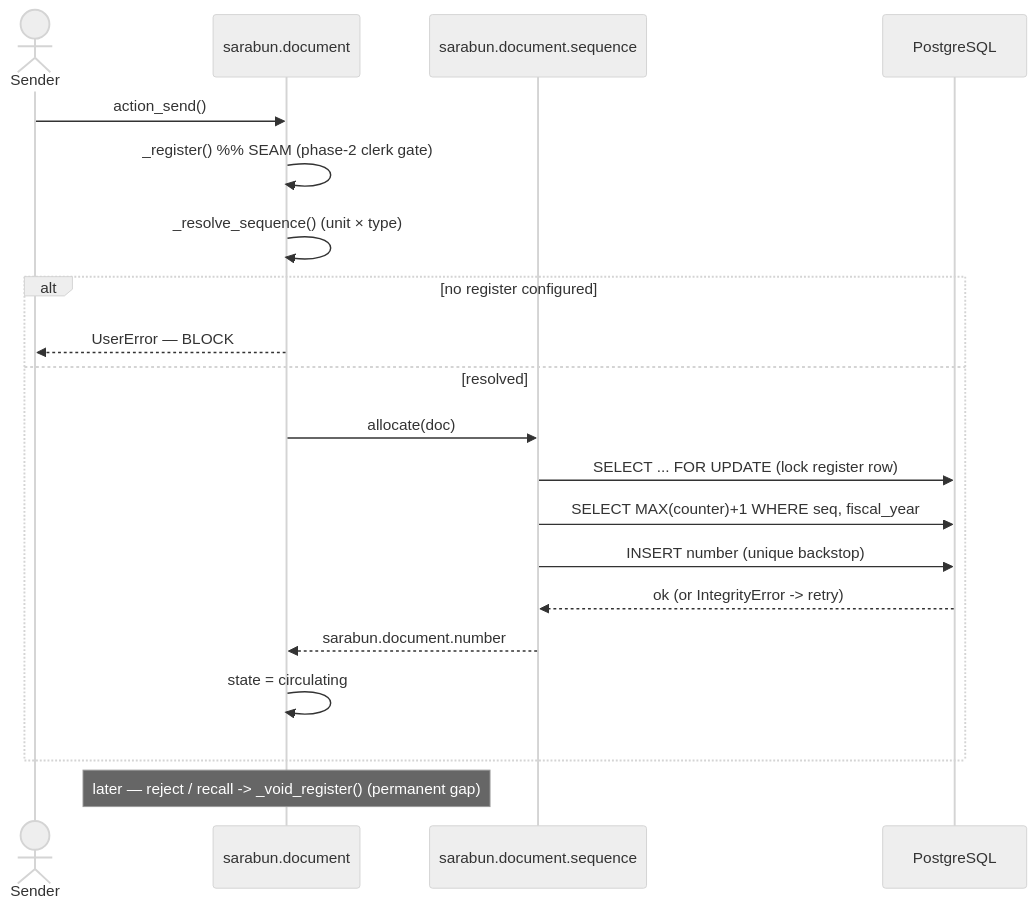
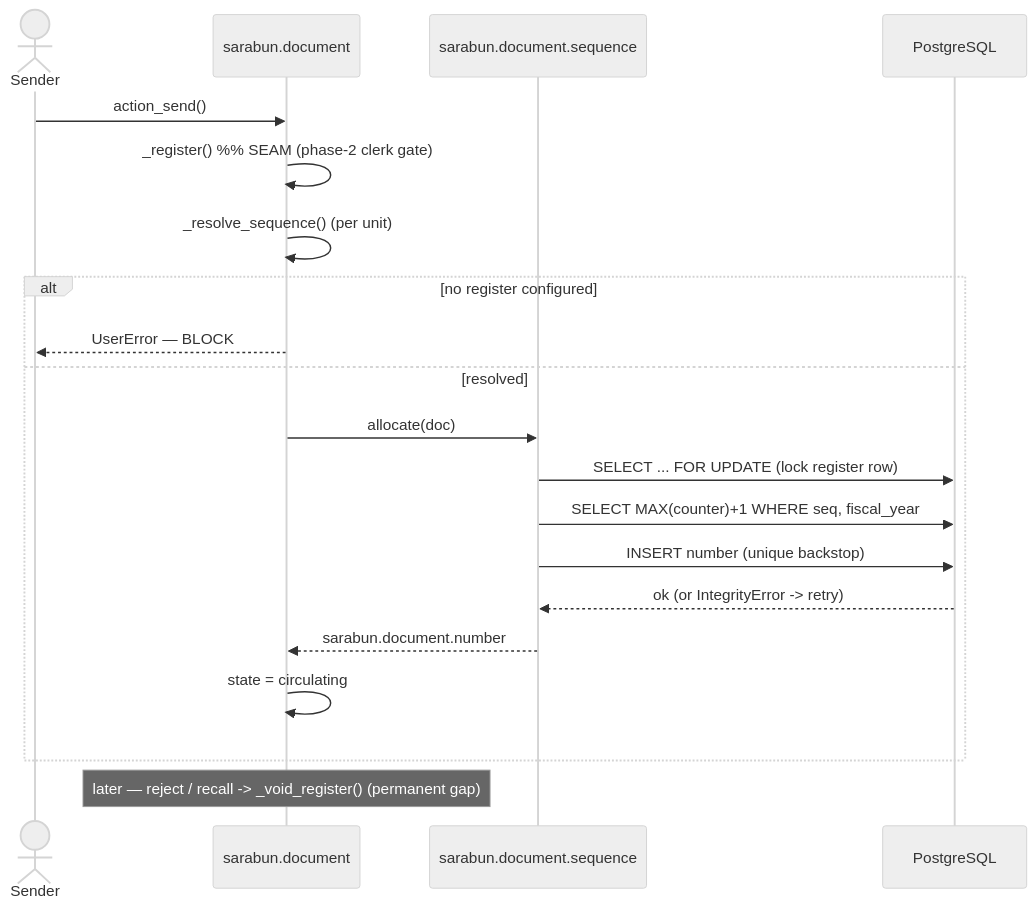
One commit to Aginix/kmitl changed the fifth of 8 diagrams in agx_sarabun/DESIGN.md. Above: the diagram before and after it, drawn with Mermaid (neutral theme). The commit also changed other lines of this file and 7 other files, not shown here.

````diff
--- a/agx_sarabun/DESIGN.md
+++ b/agx_sarabun/DESIGN.md
@@ -1007,22 +1010,22 @@
 ```mermaid
 sequenceDiagram
     actor U as Sender
     participant D as sarabun.document
     participant SEQ as sarabun.document.sequence
     participant DB as PostgreSQL
     U->>D: action_send()
     D->>D: _register()  %% SEAM (phase-2 clerk gate)
-    D->>D: _resolve_sequence() (unit × type)
+    D->>D: _resolve_sequence() (per unit)
     alt no register configured
         D-->>U: UserError — BLOCK
     else resolved
         D->>SEQ: allocate(doc)
         SEQ->>DB: SELECT ... FOR UPDATE (lock register row)
         SEQ->>DB: SELECT MAX(counter)+1 WHERE seq, fiscal_year
         SEQ->>DB: INSERT number (unique backstop)
         DB-->>SEQ: ok (or IntegrityError -> retry)
         SEQ-->>D: sarabun.document.number
         D->>D: state = circulating
     end
     Note over D: later — reject / recall -> _void_register() (permanent gap)
 ```
````
